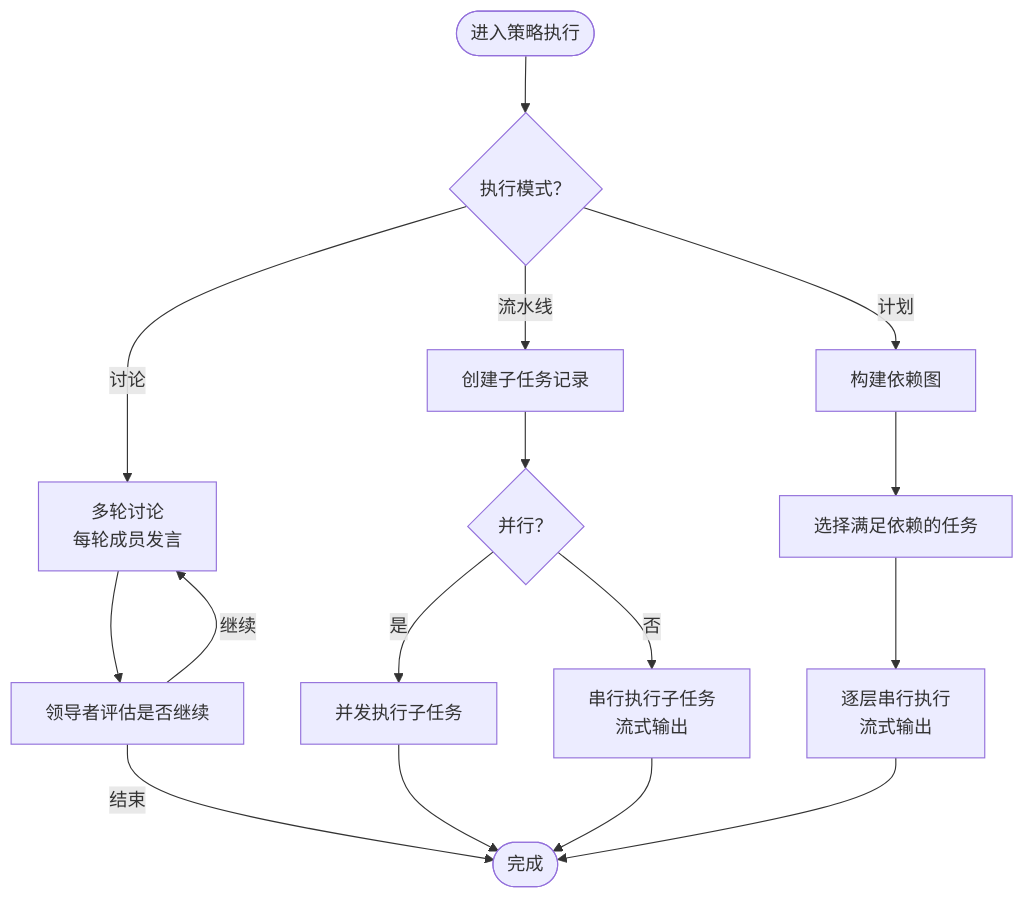
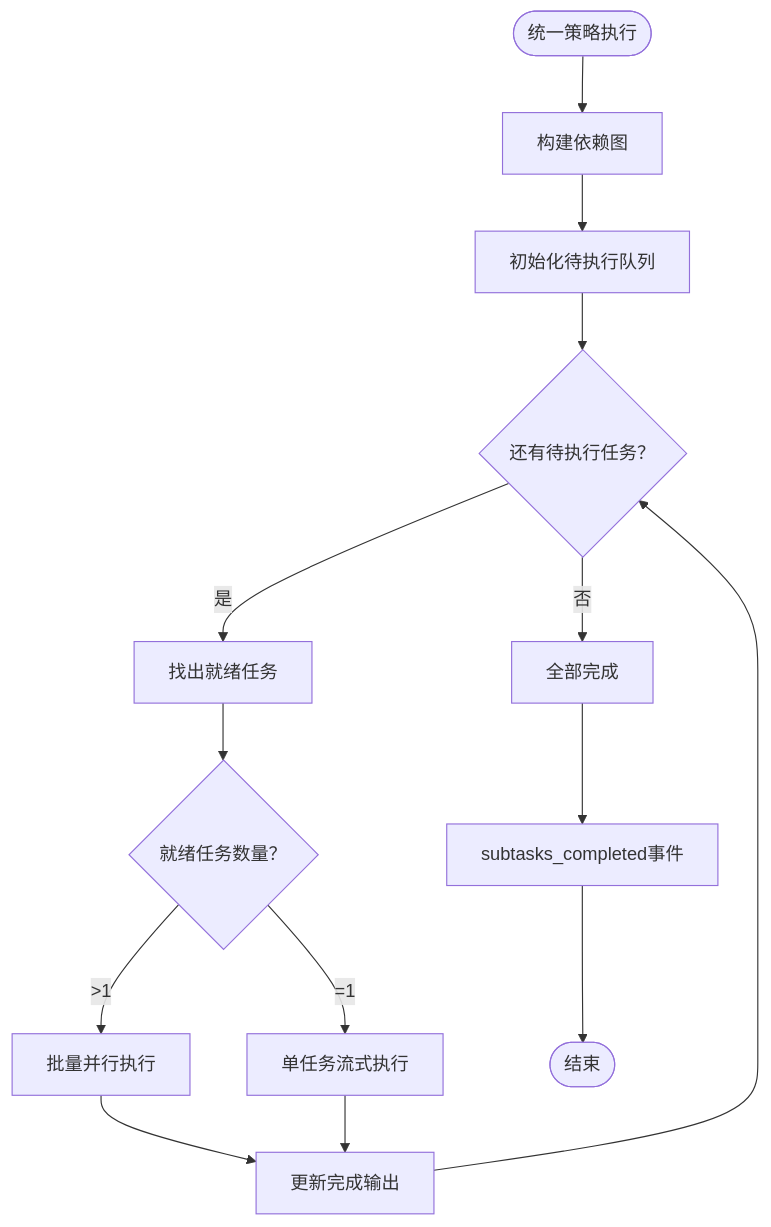
The fifth of 8 diagrams in .qoder/repowiki/zh/content/后端服务架构/业务服务层/智能体执行服务/动态编排器.md (KunLabAI/KunFlix), drawn with Mermaid before and after one commit. The commit also changed other lines of this file and 9 other files, not shown here.

````diff
--- a/.qoder/repowiki/zh/content/后端服务架构/业务服务层/智能体执行服务/动态编排器.md
+++ b/.qoder/repowiki/zh/content/后端服务架构/业务服务层/智能体执行服务/动态编排器.md
@@ -207,18 +264,16 @@
 ```mermaid
 flowchart TD
-Start(["进入策略执行"]) --> Mode{"执行模式？"}
-Mode --> |流水线| Pipe["创建子任务记录"]
-Pipe --> Parallel{"并行？"}
-Parallel --> |是| PExec["并发执行子任务"]
-Parallel --> |否| SExec["串行执行子任务<br/>流式输出"]
-Mode --> |计划| Plan["构建依赖图"]
-Plan --> Ready["选择满足依赖的任务"]
-Ready --> LevelExec["逐层串行执行<br/>流式输出"]
-Mode --> |讨论| Disc["多轮讨论<br/>每轮成员发言"]
-Disc --> Eval["领导者评估是否继续"]
-Eval --> |继续| Disc
-Eval --> |结束| Done(["完成"])
-PExec --> Done
-SExec --> Done
-LevelExec --> Done
+Start(["统一策略执行"]) --> Build["构建依赖图"]
+Build --> Pending["初始化待执行队列"]
+Pending --> Loop{"还有待执行任务？"}
+Loop --> |是| Ready["找出就绪任务"]
+Ready --> Check{"就绪任务数量？"}
+Check --> |>1| Batch["批量并行执行"]
+Check --> |=1| Stream["单任务流式执行"]
+Batch --> Update["更新完成输出"]
+Stream --> Update
+Update --> Loop
+Loop --> |否| Complete["全部完成"]
+Complete --> Subtasks["subtasks_completed事件"]
+Subtasks --> End(["结束"])
 ```
````
